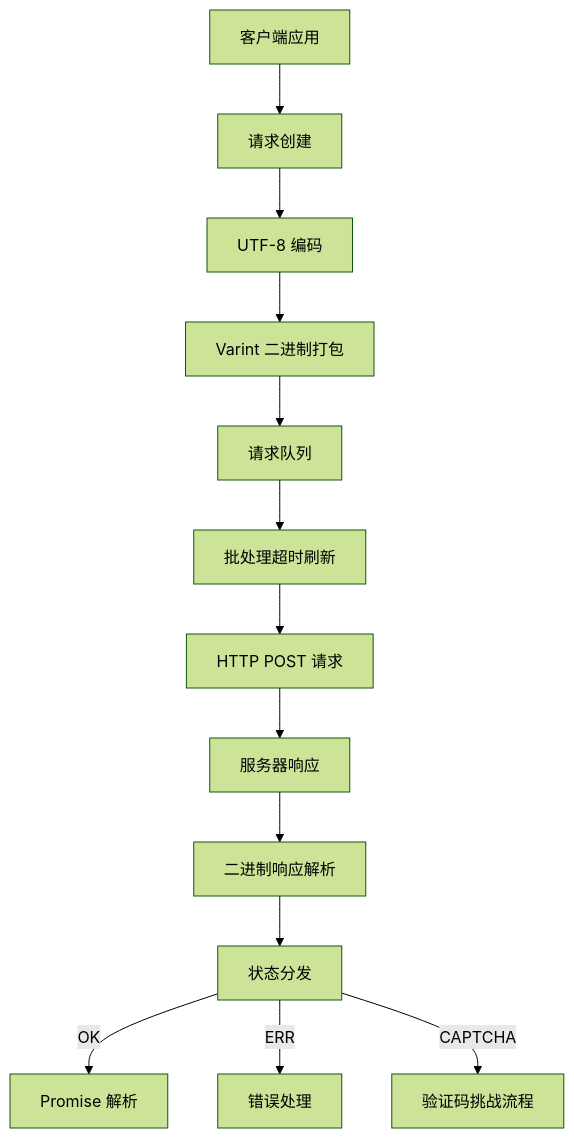
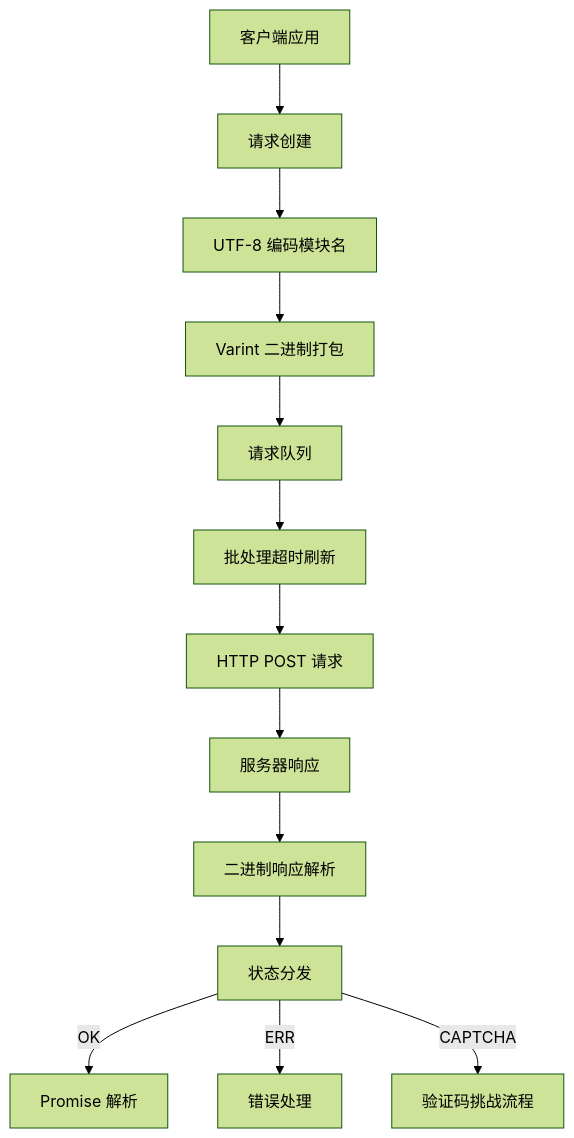
One commit to webc-site/npm changed the diagram in protoapi/readme/zh/README.md. Above: the diagram before and after it, drawn with Mermaid (forest theme). The commit also changed other lines of this file and 1 other file, not shown here.

````diff
--- a/protoapi/readme/zh/README.md
+++ b/protoapi/readme/zh/README.md
@@ -54,15 +57,15 @@
 ```mermaid
 graph TD
   A[客户端应用] --> B[请求创建]
-  B --> C[UTF-8 编码]
+  B --> C[UTF-8 编码模块名]
   C --> D[Varint 二进制打包]
   D --> E[请求队列]
   E --> F[批处理超时刷新]
   F --> G[HTTP POST 请求]
   G --> H[服务器响应]
   H --> I[二进制响应解析]
   I --> J[状态分发]
   J -->|OK| K[Promise 解析]
   J -->|ERR| L[错误处理]
   J -->|CAPTCHA| M[验证码挑战流程]
 ```
````
